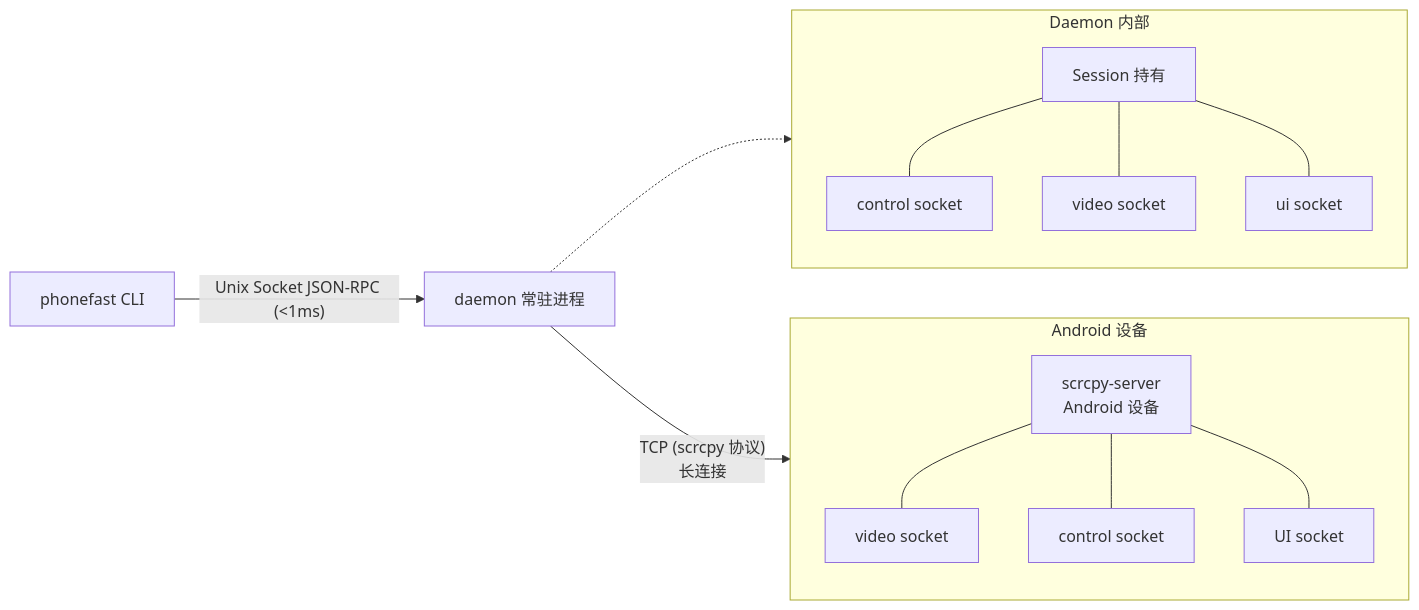
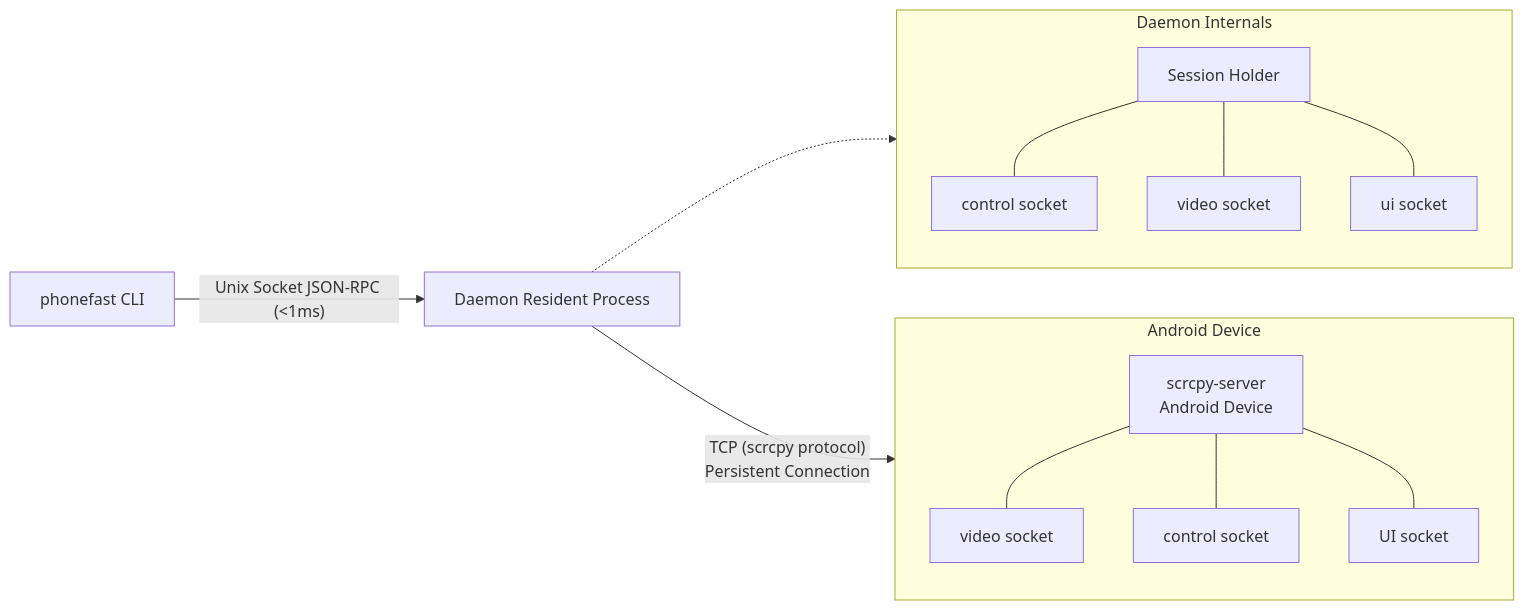
One commit to gezihua123/phonefast changed the first of 10 diagrams in docs/phonefast.md. Above: the diagram before and after it, drawn with Mermaid. The commit also changed other lines of this file and 11 other files, not shown here.

````diff
--- a/docs/phonefast.md
+++ b/docs/phonefast.md
@@ -37,28 +33,28 @@
 ```mermaid
 flowchart LR
-    CLI[phonefast CLI] -->|" Unix Socket JSON-RPC (<1ms)"| DAEMON[daemon 常驻进程]
-    DAEMON -->|" TCP (scrcpy 协议)\n长连接"| SERVER[scrcpy-server\nAndroid 设备]
+    CLI[phonefast CLI] -->|" Unix Socket JSON-RPC (<1ms)"| DAEMON[Daemon Resident Process]
+    DAEMON -->|" TCP (scrcpy protocol)\nPersistent Connection"| SERVER[scrcpy-server\nAndroid Device]
 
-    subgraph DAEMON_INTERNAL[Daemon 内部]
+    subgraph DAEMON_INTERNAL[Daemon Internals]
         direction TB
-        SESSION[Session 持有]
+        SESSION[Session Holder]
         CTRL[control socket]
         VIDEO[video socket]
         UI[ui socket]
         SESSION --- CTRL
         SESSION --- VIDEO
         SESSION --- UI
     end
 
     DAEMON -.-> DAEMON_INTERNAL
 
-    subgraph DEVICE[Android 设备]
+    subgraph DEVICE[Android Device]
         direction TB
         VS[video socket]
         CS[control socket]
         US[UI socket]
         SERVER --- VS
         SERVER --- CS
         SERVER --- US
     end
 ```
````
